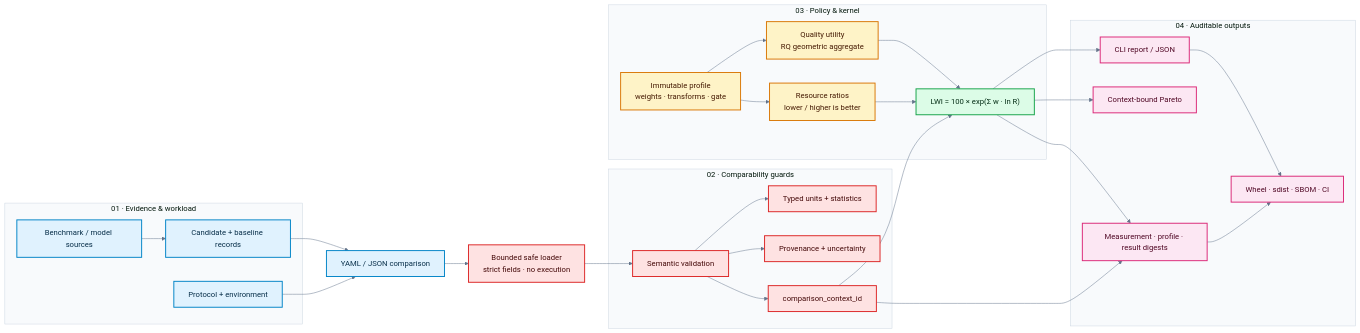
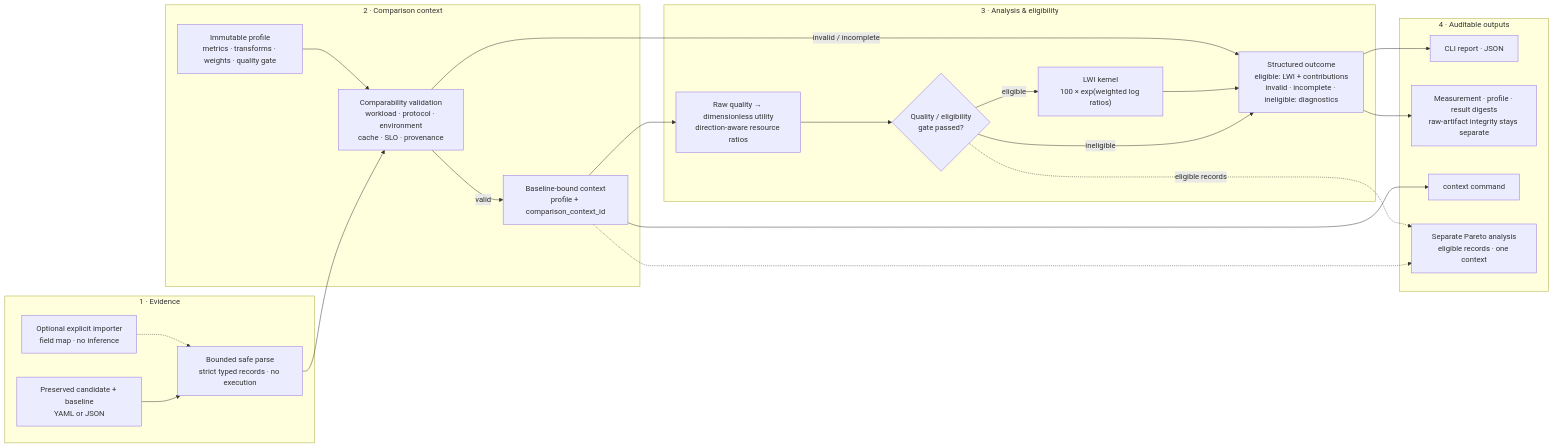
Before and after one commit to weby-homelab/llm-weissman-index: the diagram in README.md, drawn with Mermaid. The commit also changed other lines of this file and 47 other files, not shown here.

````diff
--- a/README.md
+++ b/README.md
@@ -50,64 +56,47 @@
 ```mermaid
-%%{init: {"theme": "base", "themeVariables": {"fontFamily": "Inter, ui-sans-serif, system-ui", "primaryColor": "#FFF4D6", "primaryTextColor": "#172033", "primaryBorderColor": "#F59E0B", "lineColor": "#64748B", "secondaryColor": "#E0F2FE", "tertiaryColor": "#FCE7F3", "clusterBkg": "#F8FAFC", "clusterBorder": "#CBD5E1"}}}%%
 flowchart LR
-    subgraph EVIDENCE["01 · Evidence & workload"]
-        SRC["Benchmark / model sources"]
-        RECORDS["Candidate + baseline records"]
-        PROTOCOL["Protocol + environment"]
+    accTitle: LLM Weissman Index evaluation pipeline
+    accDescr: Preserved candidate and baseline evidence is parsed safely, checked for comparability against an immutable profile, analyzed only after validation, gated for eligibility, and emitted as context-bound reports and digests. Invalid, incomplete, and ineligible records keep diagnostics without a leaderboard score. Pareto is a separate same-context analysis.
+
+    subgraph EVIDENCE["1 · Evidence"]
+        INPUT["Preserved candidate + baseline<br/>YAML or JSON"]
+        PARSE["Bounded safe parse<br/>strict typed records · no execution"]
+        ADAPTER["Optional explicit importer<br/>field map · no inference"]
+        INPUT --> PARSE
+        ADAPTER -.-> PARSE
     end
 
-    INPUT["YAML / JSON comparison"]
-    SAFE["Bounded safe loader\nstrict fields · no execution"]
-
-    subgraph GUARDS["02 · Comparability guards"]
-        VALIDATE["Semantic validation"]
-        UNITS["Typed units + statistics"]
-        PROVENANCE["Provenance + uncertainty"]
-        CONTEXT["comparison_context_id"]
+    subgraph CONTEXT["2 · Comparison context"]
+        VALIDATE["Comparability validation<br/>workload · protocol · environment<br/>cache · SLO · provenance"]
+        PROFILE["Immutable profile<br/>metrics · transforms · weights · quality gate"]
+        READY["Baseline-bound context<br/>profile + comparison_context_id"]
+        PARSE --> VALIDATE
+        PROFILE --> VALIDATE
+        VALIDATE -->|valid| READY
     end
 
-    subgraph KERNEL["03 · Policy & kernel"]
-        PROFILE["Immutable profile\nweights · transforms · gate"]
-        QUALITY["Quality utility\nRQ geometric aggregate"]
-        RATIOS["Resource ratios\nlower / higher is better"]
-        LWI["LWI = 100 × exp(Σ w · ln R)"]
+    subgraph ANALYSIS["3 · Analysis & eligibility"]
+        CALC["Raw quality → dimensionless utility<br/>direction-aware resource ratios"]
+        GATE{"Quality / eligibility<br/>gate passed?"}
+        KERNEL["LWI kernel<br/>100 × exp(weighted log ratios)"]
+        STATUS["Structured outcome<br/>eligible: LWI + contributions<br/>invalid · incomplete · ineligible: diagnostics"]
+        READY --> CALC
+        CALC --> GATE
+        GATE -->|eligible| KERNEL
+        GATE -->|ineligible| STATUS
+        KERNEL --> STATUS
+        VALIDATE -->|invalid / incomplete| STATUS
     end
 
-    subgraph OUTPUTS["04 · Auditable outputs"]
-        REPORT["CLI report / JSON"]
-        PARETO["Context-bound Pareto"]
-        DIGESTS["Measurement · profile · result digests"]
-        ARTIFACTS["Wheel · sdist · SBOM · CI"]
+    subgraph OUTPUTS["4 · Auditable outputs"]
+        REPORT["CLI report · JSON"]
+        DIGESTS["Measurement · profile · result digests<br/>raw-artifact integrity stays separate"]
+        CONTEXT_CMD["context command"]
+        PARETO["Separate Pareto analysis<br/>eligible records · one context"]
+        STATUS --> REPORT
+        STATUS --> DIGESTS
+        READY --> CONTEXT_CMD
+        READY -.-> PARETO
+        GATE -.->|eligible records| PARETO
     end
-
-    SRC --> RECORDS
-    RECORDS --> INPUT
-    PROTOCOL --> INPUT
-    INPUT --> SAFE --> VALIDATE
-    VALIDATE --> UNITS
-    VALIDATE --> PROVENANCE
-    VALIDATE --> CONTEXT
-    PROFILE --> QUALITY
-    PROFILE --> RATIOS
-    CONTEXT --> LWI
-    QUALITY --> LWI
-    RATIOS --> LWI
-    LWI --> REPORT
-    LWI --> PARETO
-    CONTEXT --> DIGESTS
-    LWI --> DIGESTS
-    REPORT --> ARTIFACTS
-    DIGESTS --> ARTIFACTS
-
-    classDef source fill:#E0F2FE,stroke:#0284C7,color:#082F49,stroke-width:2px;
-    classDef guard fill:#FEE2E2,stroke:#DC2626,color:#450A0A,stroke-width:2px;
-    classDef policy fill:#FEF3C7,stroke:#D97706,color:#451A03,stroke-width:2px;
-    classDef kernel fill:#DCFCE7,stroke:#16A34A,color:#052E16,stroke-width:2px;
-    classDef output fill:#FCE7F3,stroke:#DB2777,color:#500724,stroke-width:2px;
-
-    class SRC,RECORDS,PROTOCOL,INPUT source;
-    class SAFE,VALIDATE,UNITS,PROVENANCE,CONTEXT guard;
-    class PROFILE,QUALITY,RATIOS policy;
-    class LWI kernel;
-    class REPORT,PARETO,DIGESTS,ARTIFACTS output;
 ```
````
